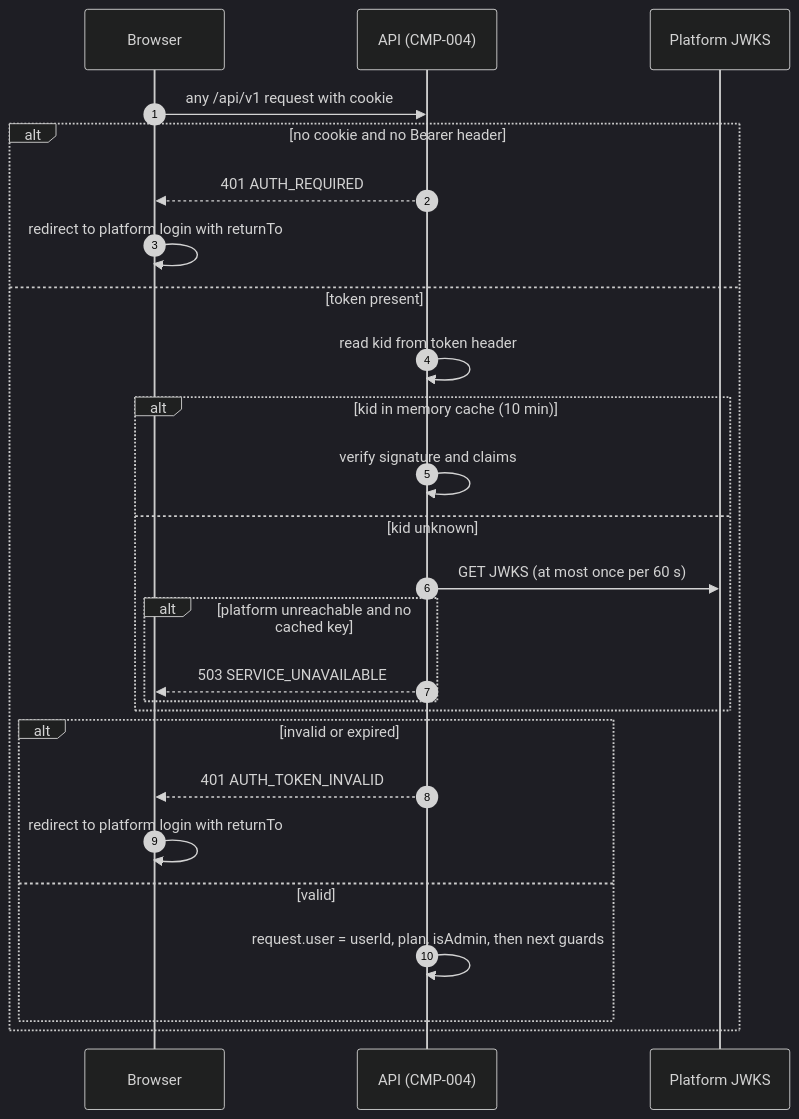
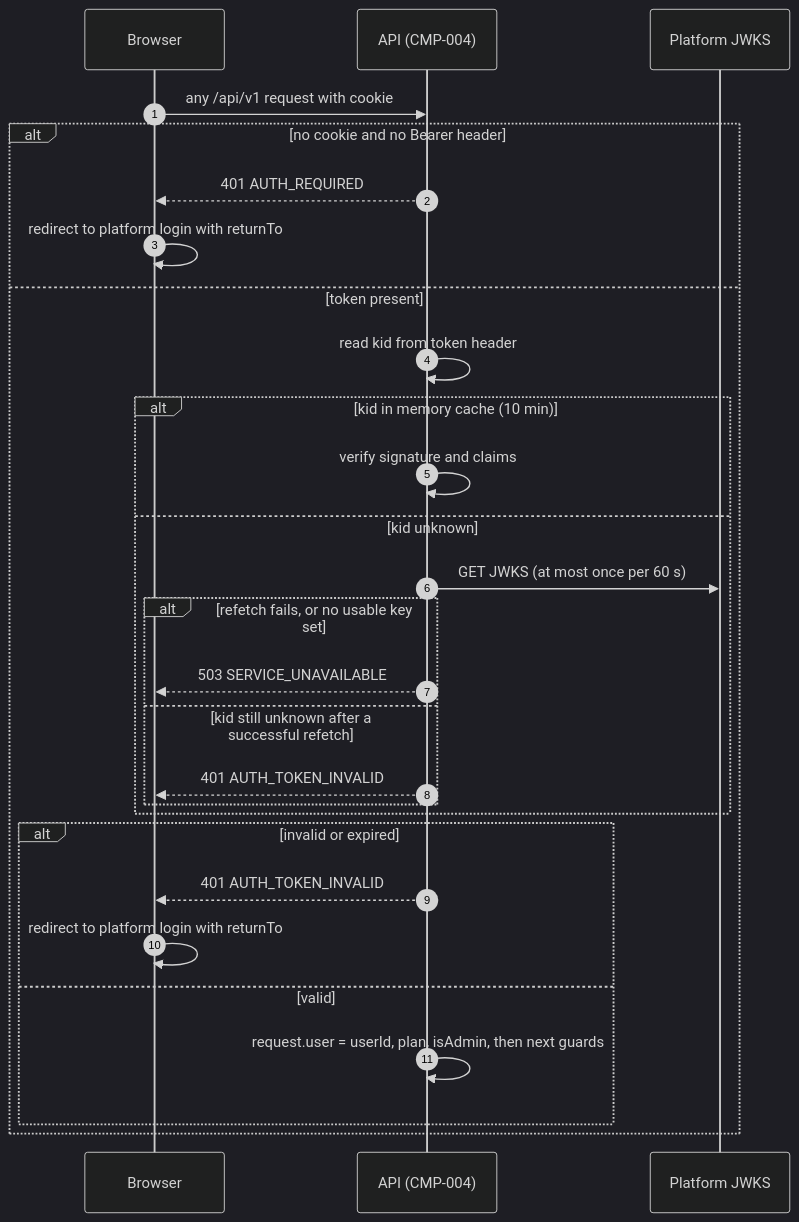
Before and after one commit to divii-school/spec-homework: the seventh of 10 diagrams in neeraj/spec.md, drawn with Mermaid (dark theme). The commit also changed other lines of this file and 1 other file, not shown here.

````diff
--- a/neeraj/spec.md
+++ b/neeraj/spec.md
@@ -900,28 +904,30 @@
 ```mermaid
 sequenceDiagram
   autonumber
   participant B as Browser
   participant A as API (CMP-004)
   participant P as Platform JWKS
   B->>A: any /api/v1 request with cookie
   alt no cookie and no Bearer header
     A-->>B: 401 AUTH_REQUIRED
     B->>B: redirect to platform login with returnTo
   else token present
     A->>A: read kid from token header
     alt kid in memory cache (10 min)
       A->>A: verify signature and claims
     else kid unknown
       A->>P: GET JWKS (at most once per 60 s)
-      alt platform unreachable and no cached key
+      alt refetch fails, or no usable key set
         A-->>B: 503 SERVICE_UNAVAILABLE
+      else kid still unknown after a successful refetch
+        A-->>B: 401 AUTH_TOKEN_INVALID
       end
     end
     alt invalid or expired
       A-->>B: 401 AUTH_TOKEN_INVALID
       B->>B: redirect to platform login with returnTo
     else valid
       A->>A: request.user = userId, plan, isAdmin, then next guards
     end
   end
 ```
````
